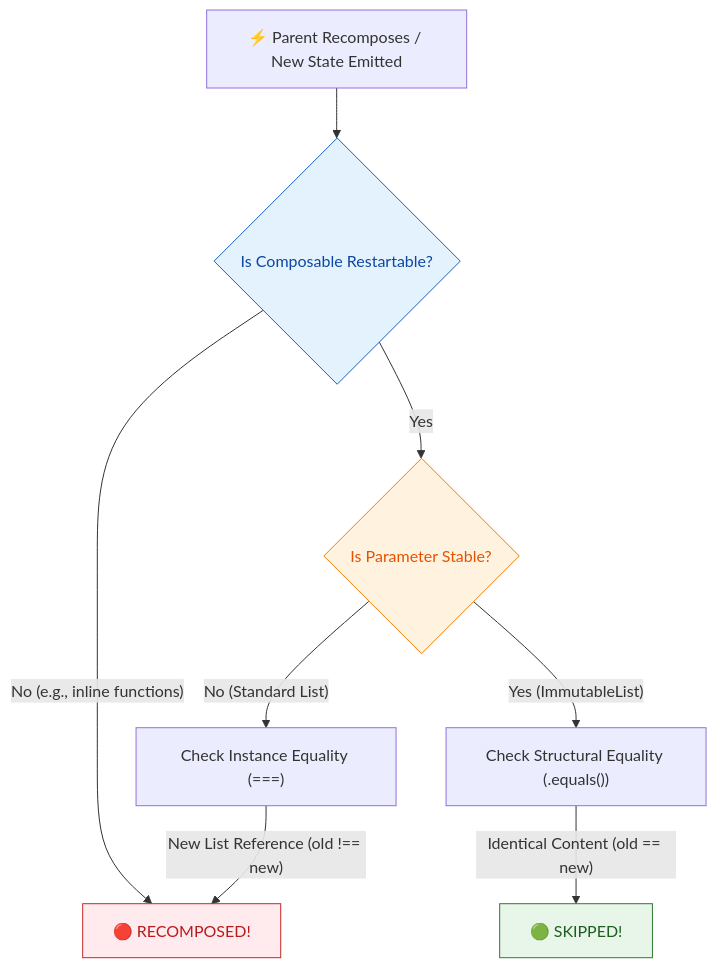
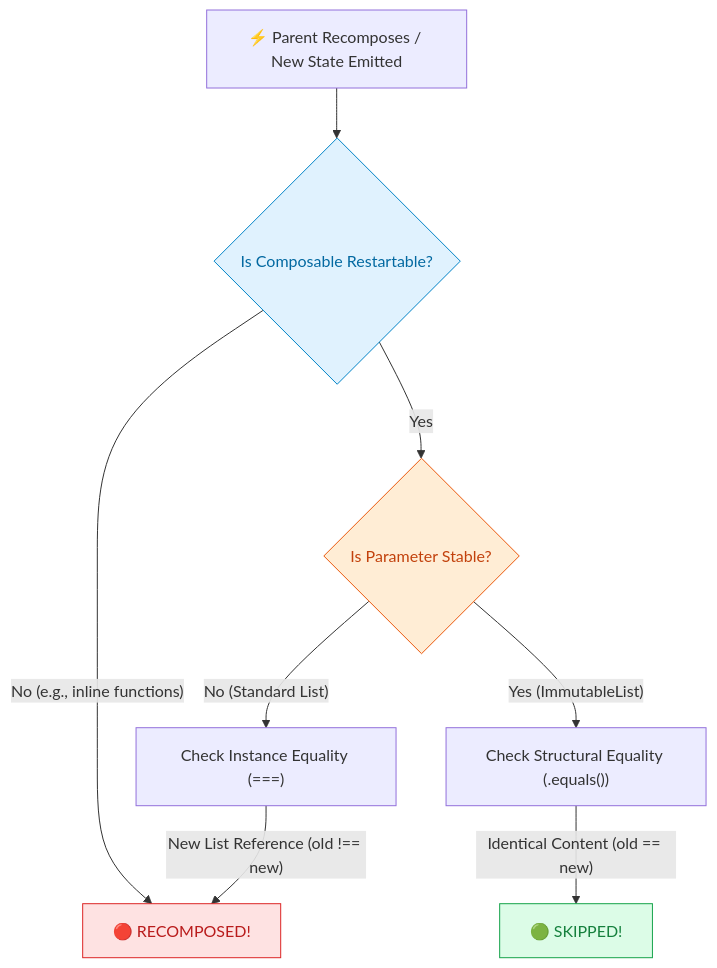
One commit to PatilShreyas/blog.shreyaspatil.dev changed the diagram in src/data/blog/stop-ignoring-compose-stability-yes-even-with-strong-skipping-mode.md. Above: the diagram before and after it, drawn with Mermaid. The commit also changed 3 other files, not shown here.

Commit message:
fix(mermaid): improve dark mode rendering, color contrast and theming (#62)

````diff
--- a/src/data/blog/stop-ignoring-compose-stability-yes-even-with-strong-skipping-mode.md
+++ b/src/data/blog/stop-ignoring-compose-stability-yes-even-with-strong-skipping-mode.md
@@ -189,18 +189,23 @@
 ```mermaid
-graph TD
+flowchart TD
     Action["⚡ Parent Recomposes / New State Emitted"] --> IsRestartable{"Is Composable Restartable?"}
 
     IsRestartable -- "No (e.g., inline functions)" --> Recompose["🔴 RECOMPOSED!"]
     IsRestartable -- "Yes" --> Choice{"Is Parameter Stable?"}
 
     Choice -- "No (Standard List<T>)" --> UnstableCheck["Check Instance Equality (===)"]
     UnstableCheck -- "New List Reference (old !== new)" --> Recompose
 
     Choice -- "Yes (ImmutableList<T>)" --> StableCheck["Check Structural Equality (.equals())"]
     StableCheck -- "Identical Content (old == new)" --> Skip["🟢 SKIPPED!"]
 
-    style IsRestartable fill:#e3f2fd,stroke:#1565c0,color:#0d47a1
-    style Choice fill:#fff3e0,stroke:#f57c00,color:#e65100
-    style Recompose fill:#ffebee,stroke:#c62828,color:#b71c1c
-    style Skip fill:#e8f5e9,stroke:#2e7d32,color:#1b5e20
+    classDef blue fill:#e0f2fe,stroke:#0284c7,color:#0369a1;
+    classDef orange fill:#ffedd5,stroke:#ea580c,color:#c2410c;
+    classDef red fill:#fee2e2,stroke:#dc2626,color:#b91c1c;
+    classDef green fill:#dcfce7,stroke:#16a34a,color:#15803d;
+
+    class IsRestartable blue;
+    class Choice orange;
+    class Recompose red;
+    class Skip green;
 ```
````
